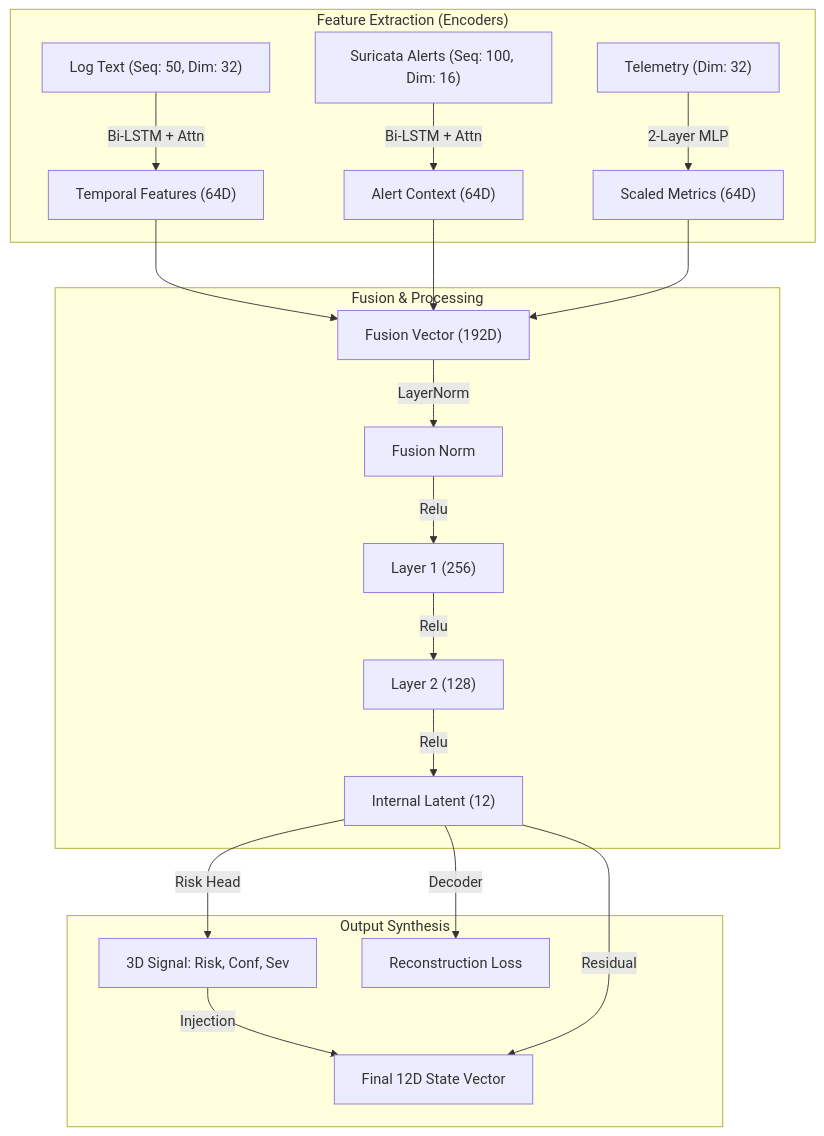
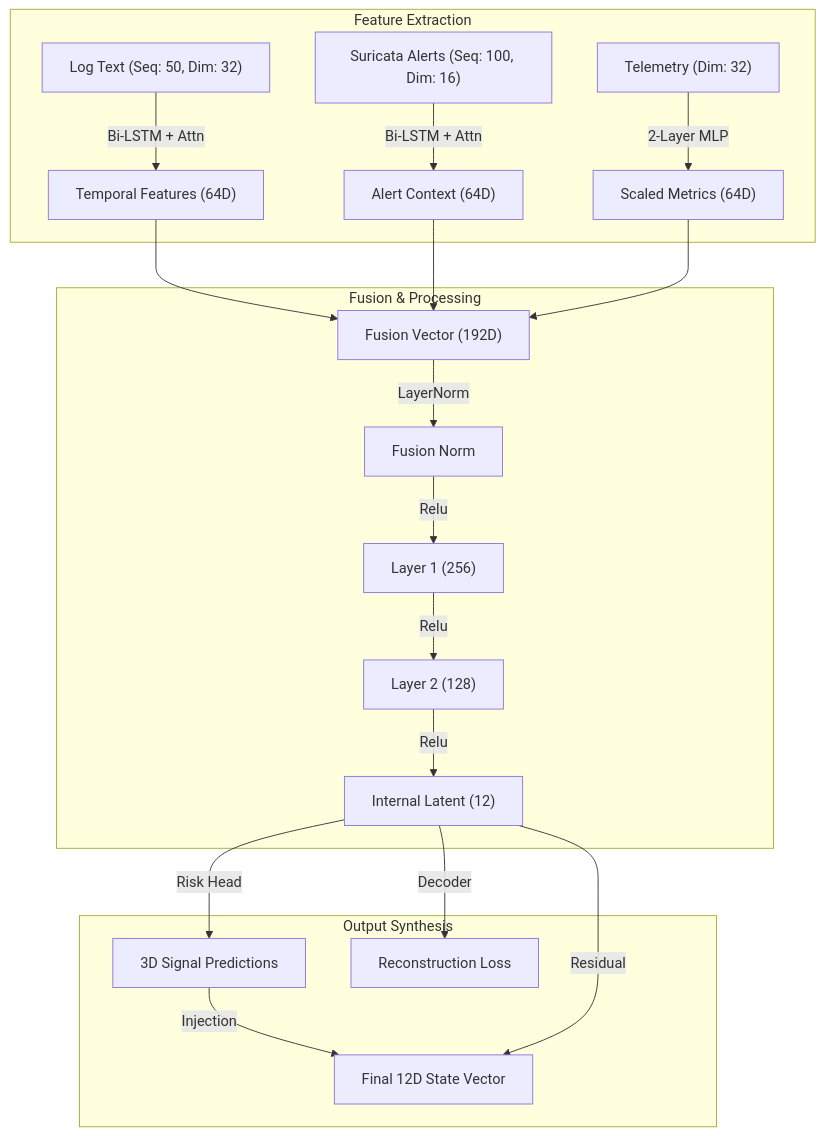
One commit to didi-09/AI_DRIVEN_SOAR changed the third of 6 diagrams in README.md. Above: the diagram before and after it, drawn with Mermaid. The commit also changed other lines of this file, not shown here.

Commit message:
Refactor diagrams and descriptions in README.md

````diff
--- a/README.md
+++ b/README.md
@@ -105,29 +105,29 @@
 ```mermaid
 graph TD
     Input_Logs["Log Text (Seq: 50, Dim: 32)"]
     Input_Alerts["Suricata Alerts (Seq: 100, Dim: 16)"]
     Input_Metrics["Telemetry (Dim: 32)"]
 
-    subgraph "Feature Extraction (Encoders)"
-        Input_Logs -->|Bi-LSTM + Attn| Feat_Text["Temporal Features (64D)"]
-        Input_Alerts -->|Bi-LSTM + Attn| Feat_Alert["Alert Context (64D)"]
-        Input_Metrics -->|2-Layer MLP| Feat_Metric["Scaled Metrics (64D)"]
+    subgraph "Feature Extraction"
+        Input_Logs -->|"Bi-LSTM + Attn"| Feat_Text["Temporal Features (64D)"]
+        Input_Alerts -->|"Bi-LSTM + Attn"| Feat_Alert["Alert Context (64D)"]
+        Input_Metrics -->|"2-Layer MLP"| Feat_Metric["Scaled Metrics (64D)"]
     end
 
     subgraph "Fusion & Processing"
         Feat_Text --> Joint["Fusion Vector (192D)"]
         Feat_Alert --> Joint
         Feat_Metric --> Joint
-        Joint -->|LayerNorm| FN["Fusion Norm"]
-        FN -->|Relu| L1["Layer 1 (256)"]
-        L1 -->|Relu| L2["Layer 2 (128)"]
-        L2 -->|Relu| L3["Internal Latent (12)"]
+        Joint -->|"LayerNorm"| FN["Fusion Norm"]
+        FN -->|"Relu"| L1["Layer 1 (256)"]
+        L1 -->|"Relu"| L2["Layer 2 (128)"]
+        L2 -->|"Relu"| L3["Internal Latent (12)"]
     end
 
     subgraph "Output Synthesis"
-        L3 -->|Risk Head| Signal["3D Signal: Risk, Conf, Sev"]
-        L3 -->|Decoder| Recon["Reconstruction Loss"]
-        Signal -->|Injection| Final["Final 12D State Vector"]
-        L3 -->|Residual| Final
+        L3 -->|"Risk Head"| Signal["3D Signal Predictions"]
+        L3 -->|"Decoder"| Recon["Reconstruction Loss"]
+        Signal -->|"Injection"| Final["Final 12D State Vector"]
+        L3 -->|"Residual"| Final
     end
 ```
````
